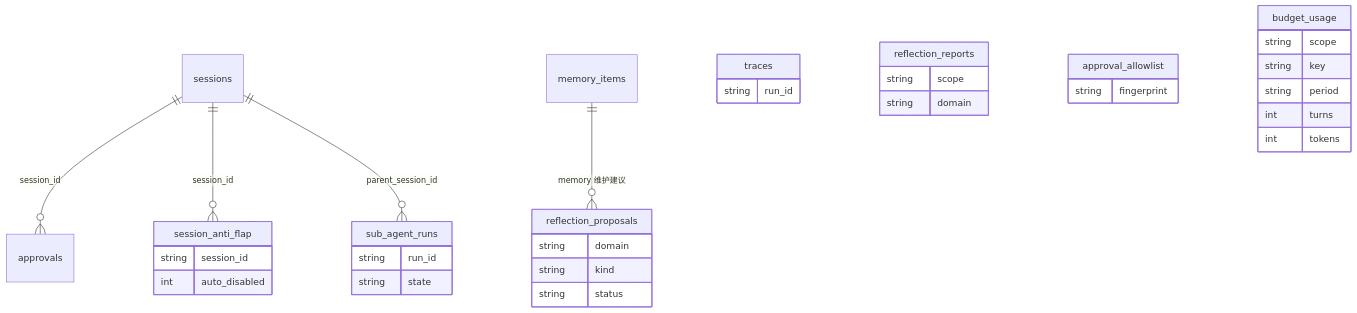
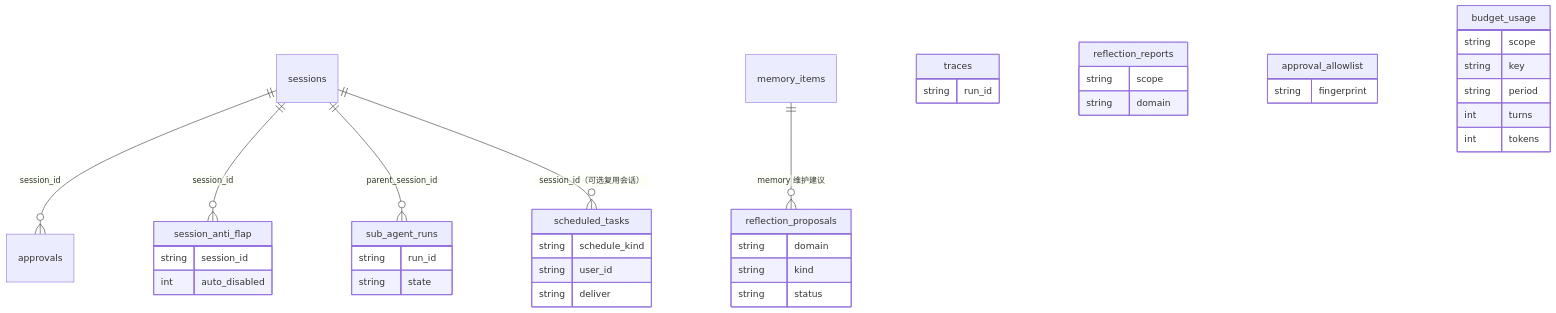
One commit to Summy2104/fleetent changed the third of 4 diagrams in docs/architecture/data-model.md. Above: the diagram before and after it, drawn with Mermaid. The commit also changed other lines of this file, not shown here.

Commit message:
docs(data-model): complete section 3.3 diagram, clarify chart scope
- add scheduled_tasks node and session edge to the per-agent ER diagram
  (macro graph had it, detail diagram was missed)
- replace dangling change-relative wording with neutral provenance notes
- state that the management ER diagram only draws backbone tables and
  list the four standalone tables excluded by design

````diff
--- a/docs/architecture/data-model.md
+++ b/docs/architecture/data-model.md
@@ -146,37 +148,43 @@
 ```mermaid
 erDiagram
   sessions ||--o{ approvals : "session_id"
   sessions ||--o{ session_anti_flap : "session_id"
   sessions ||--o{ sub_agent_runs : "parent_session_id"
+  sessions ||--o{ scheduled_tasks : "session_id（可选复用会话）"
   memory_items ||--o{ reflection_proposals : "memory 维护建议"
+  scheduled_tasks {
+    string schedule_kind
+    string user_id
+    string deliver
+  }
   traces {
     string run_id
   }
   reflection_reports {
     string scope
     string domain
   }
   reflection_proposals {
     string domain
     string kind
     string status
   }
   approval_allowlist {
     string fingerprint
   }
   session_anti_flap {
     string session_id
     int auto_disabled
   }
   sub_agent_runs {
     string run_id
     string state
   }
   budget_usage {
     string scope
     string key
     string period
     int turns
     int tokens
   }
 ```
````
